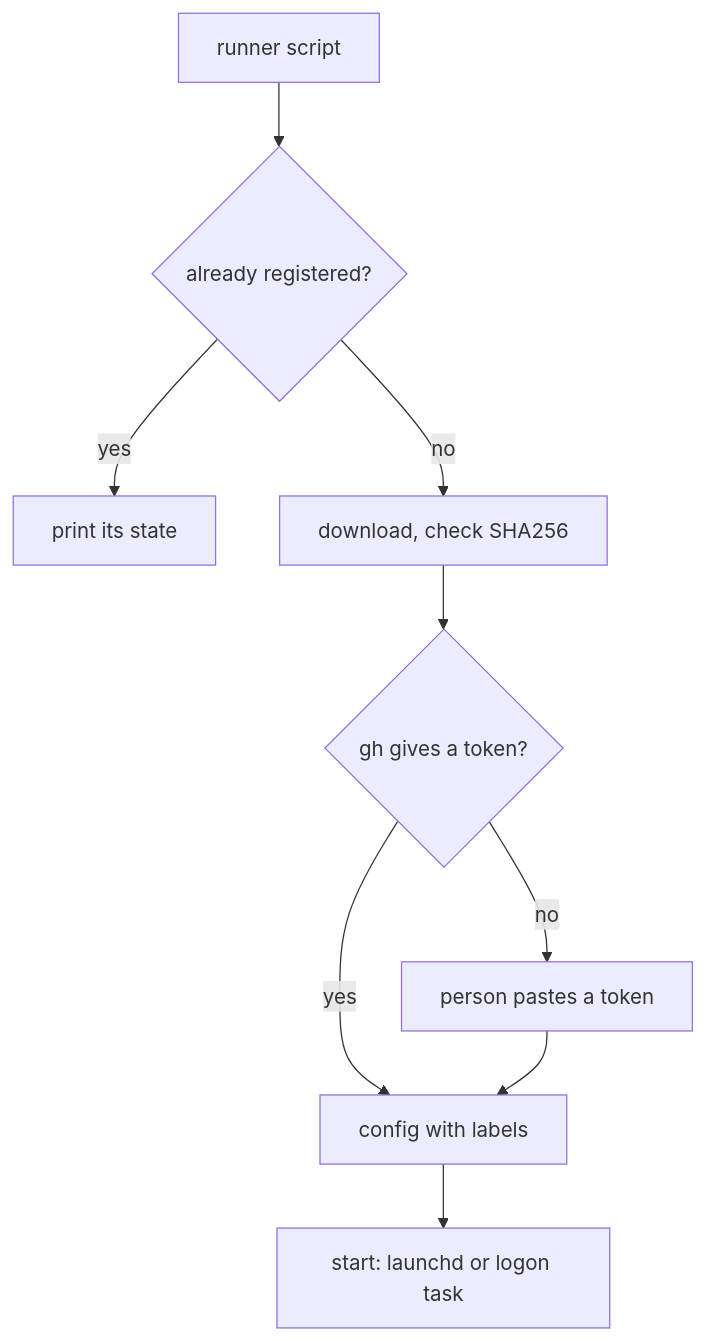
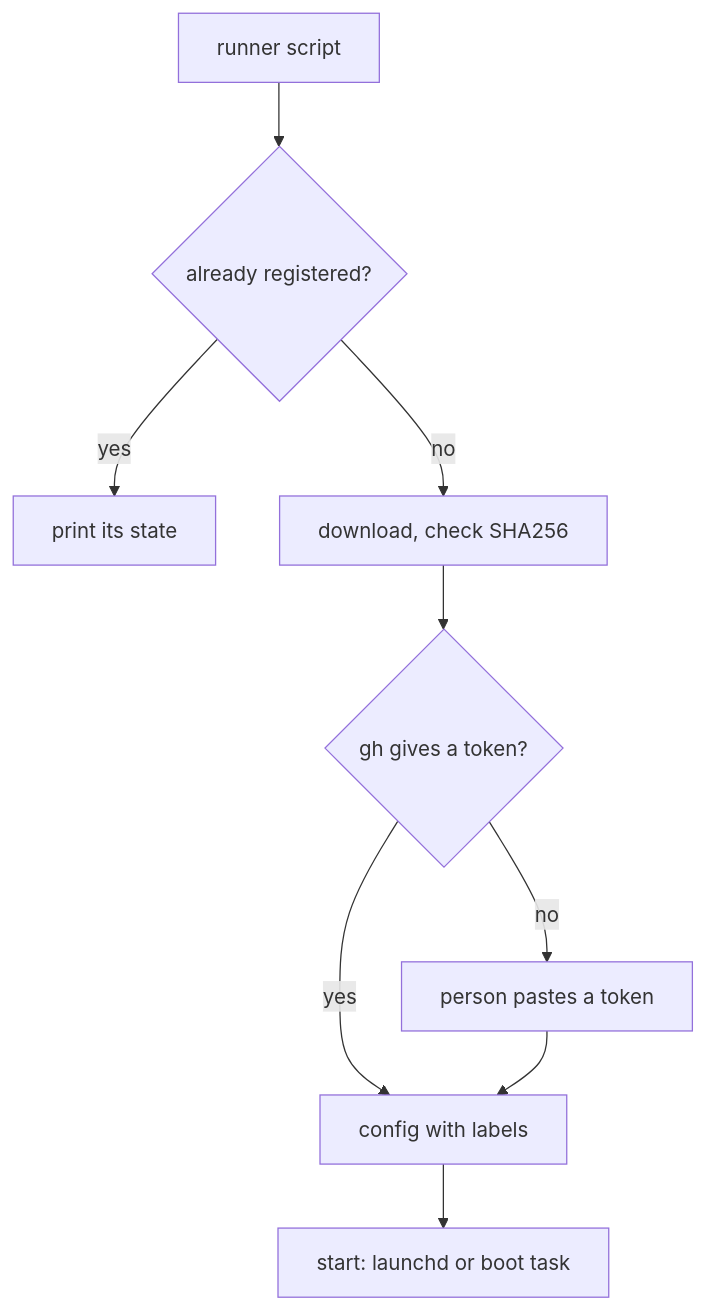
One commit to workbench-soft/local-ci changed the third of 4 diagrams in docs/user-flows.md. Above: the diagram before and after it, drawn with Mermaid. The commit also changed other lines of this file and 10 other files, not shown here.

````diff
--- a/docs/user-flows.md
+++ b/docs/user-flows.md
@@ -48,11 +48,11 @@
 ```mermaid
 flowchart TD
   A[runner script] --> B{already registered?}
   B -- yes --> Z[print its state]
   B -- no --> C[download, check SHA256]
   C --> D{gh gives a token?}
   D -- no --> E[person pastes a token]
   D -- yes --> F[config with labels]
   E --> F
-  F --> G[start: launchd or logon task]
+  F --> G[start: launchd or boot task]
 ```
````
